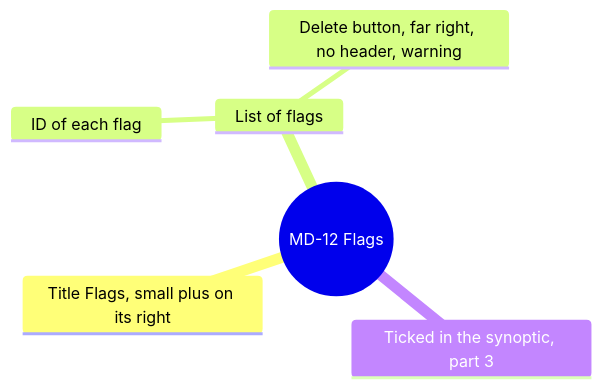
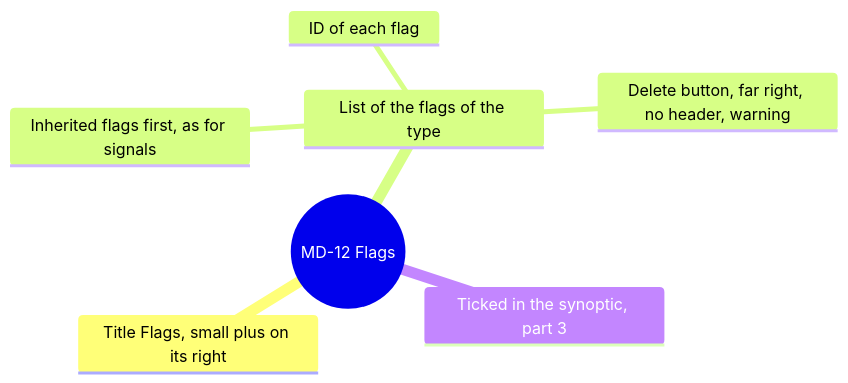
One commit to AlexandreGallais/synoptic-studio-spec changed diagram 16 of 16 in screens/metadata.md. Above: the diagram before and after it, drawn with Mermaid. The commit also changed other lines of this file and 9 other files, not shown here.

First line of the commit message:
docs(metadata): make flags a part of the type

````diff
--- a/screens/metadata.md
+++ b/screens/metadata.md
@@ -528,9 +529,10 @@
 ```mermaid
 mindmap
   root((MD-12 Flags))
     Title Flags, small plus on its right
-    List of flags
+    List of the flags of the type
+      Inherited flags first, as for signals
       ID of each flag
       Delete button, far right, no header, warning
     Ticked in the synoptic, part 3
 ```
````
